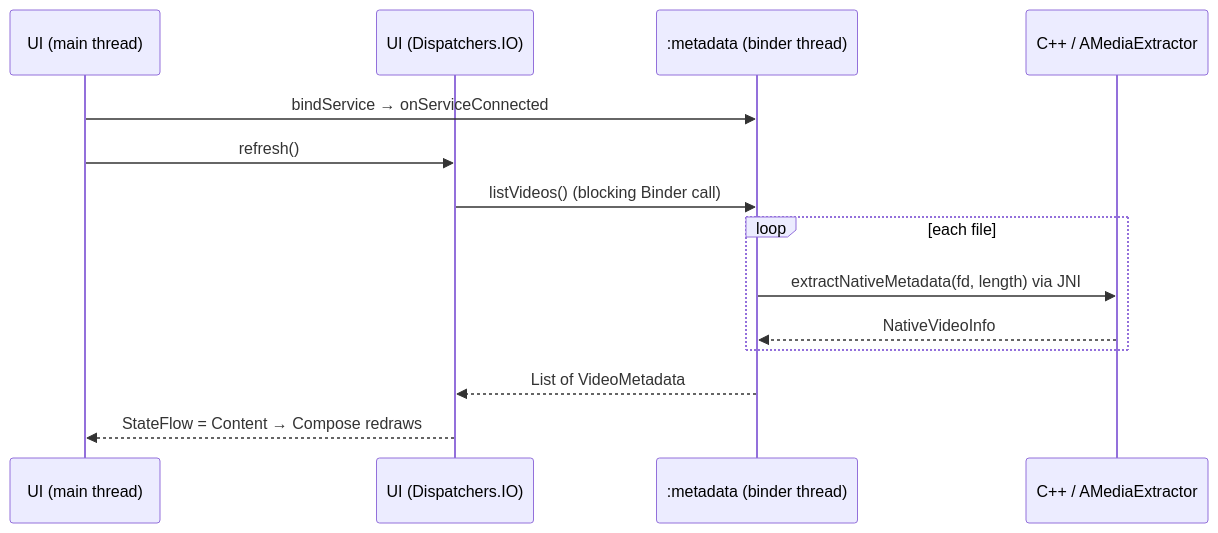
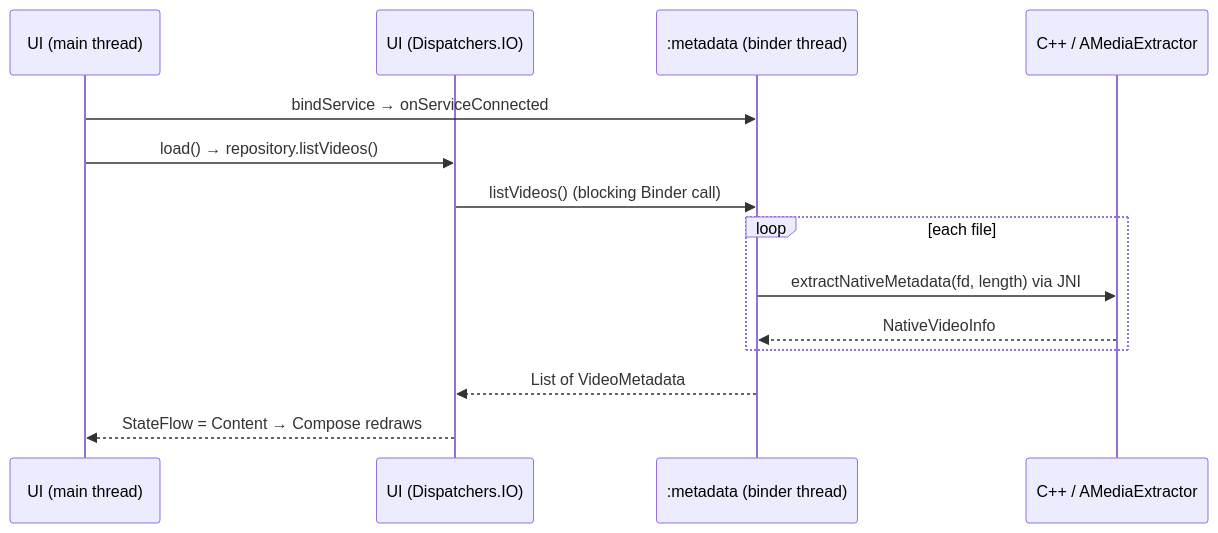
The second of 2 diagrams in README.md (anaskhamees/video-metadata-catalog), drawn with Mermaid before and after one commit. The commit also changed other lines of this file and 5 other files, not shown here.

````diff
--- a/README.md
+++ b/README.md
@@ -68,17 +70,17 @@
 ```mermaid
 sequenceDiagram
     participant UI as UI (main thread)
     participant IO as UI (Dispatchers.IO)
     participant BT as :metadata (binder thread)
     participant N as C++ / AMediaExtractor
 
     UI->>BT: bindService → onServiceConnected
-    UI->>IO: refresh()
+    UI->>IO: load() → repository.listVideos()
     IO->>BT: listVideos() (blocking Binder call)
     loop each file
         BT->>N: extractNativeMetadata(fd, length) via JNI
         N-->>BT: NativeVideoInfo
     end
     BT-->>IO: List of VideoMetadata
     IO-->>UI: StateFlow = Content → Compose redraws
 ```
````
